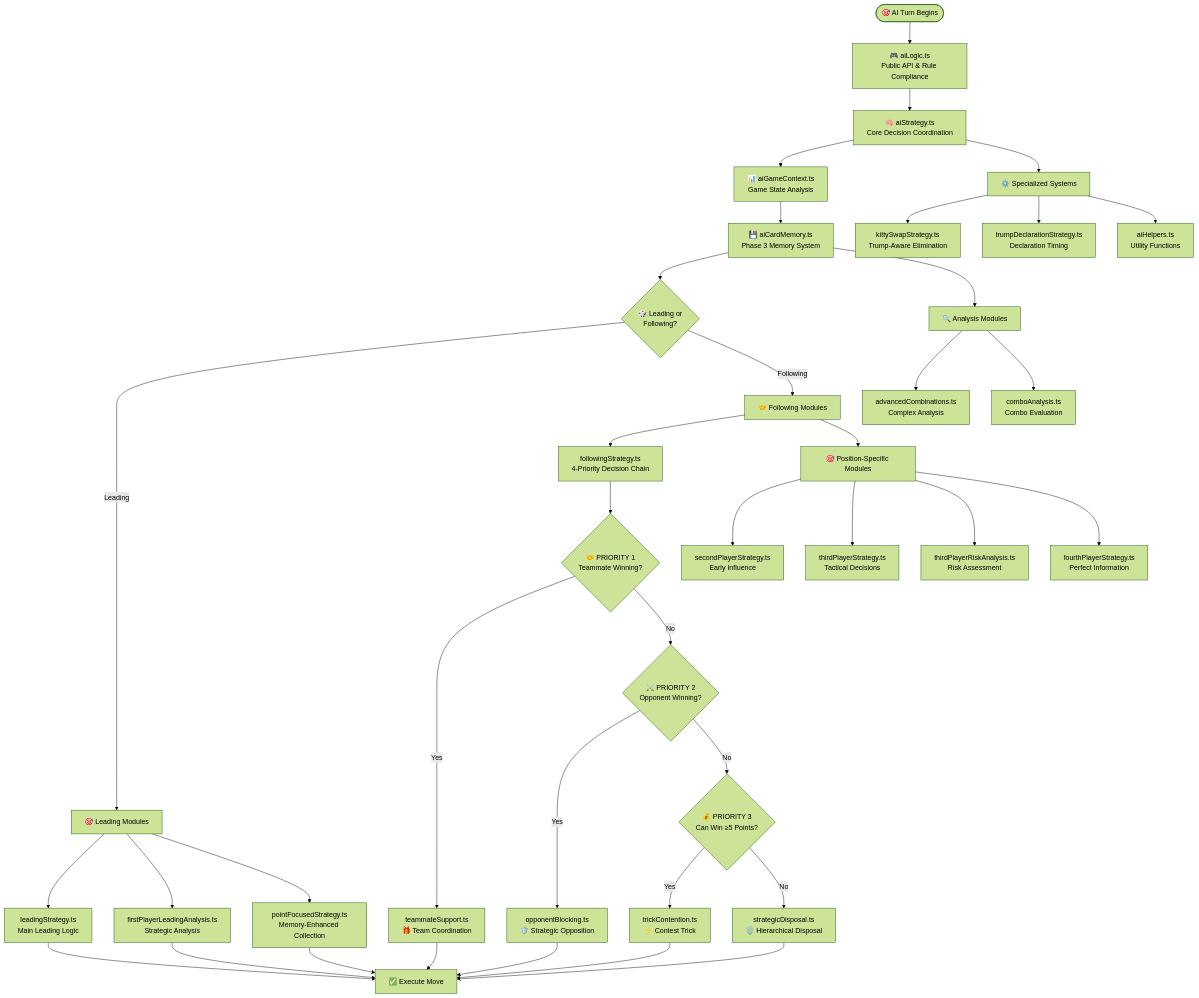
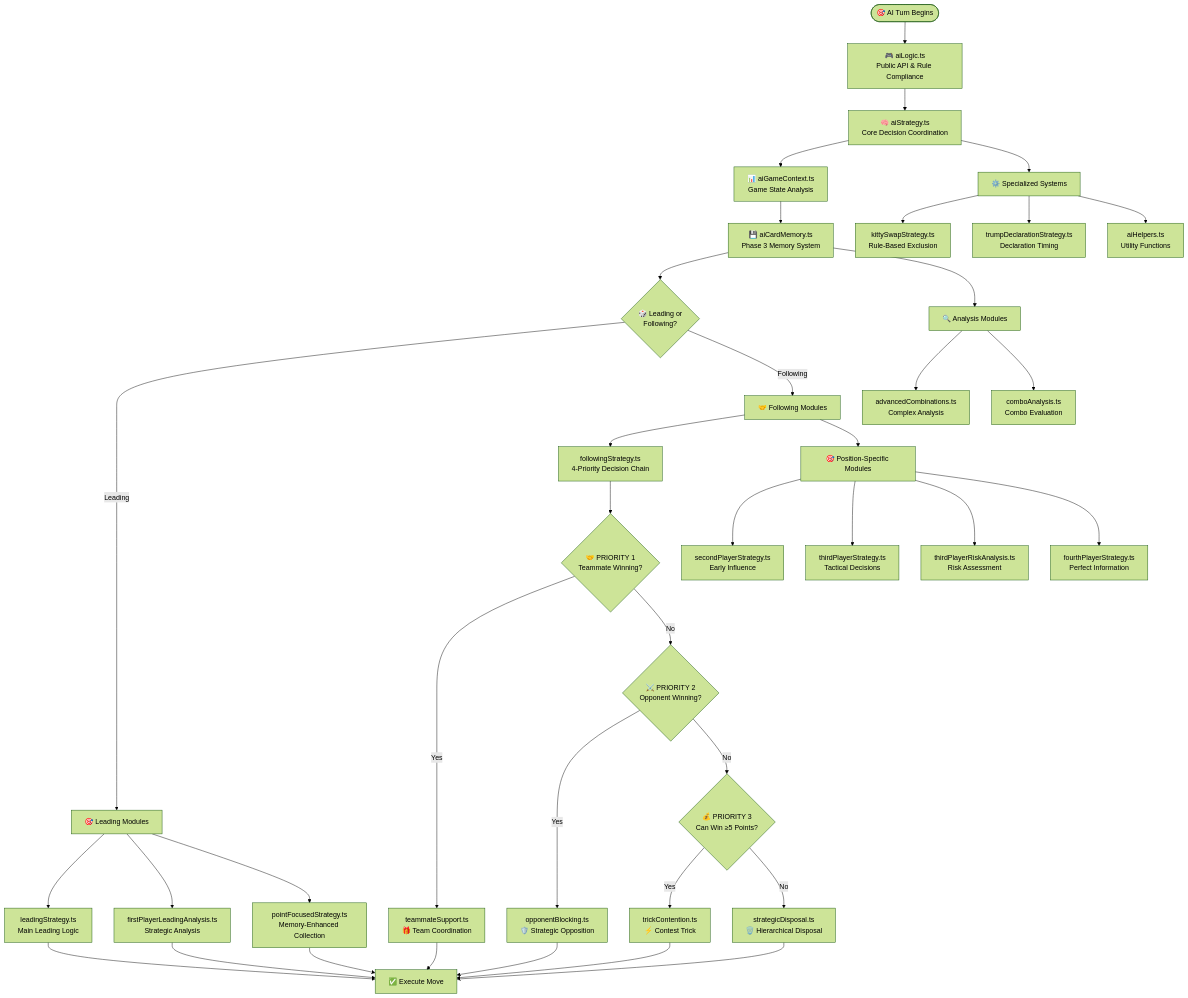
One commit to ejfn/Tractor changed the diagram in docs/AI_SYSTEM.md. Above: the diagram before and after it, drawn with Mermaid (forest theme). The commit also changed other lines of this file and 3 other files, not shown here.

First line of the commit message:
Refactor: Simplify AI kitty swap strategy (#196)

````diff
--- a/docs/AI_SYSTEM.md
+++ b/docs/AI_SYSTEM.md
@@ -105,49 +105,49 @@
 ```mermaid
 flowchart TD
     Start([🎯 AI Turn Begins]) --> Logic[🎮 aiLogic.ts<br/>Public API & Rule Compliance]
     Logic --> Strategy[🧠 aiStrategy.ts<br/>Core Decision Coordination]
     Strategy --> Context[📊 aiGameContext.ts<br/>Game State Analysis]
     Context --> Memory[💾 aiCardMemory.ts<br/>Phase 3 Memory System]
     
     Memory --> Leading{🎲 Leading or<br/>Following?}
     
     Leading -->|Leading| LeadingMods[🎯 Leading Modules]
     Leading -->|Following| FollowingMods[🤝 Following Modules]
     
     LeadingMods --> LeadStrategy[leadingStrategy.ts<br/>Main Leading Logic]
     LeadingMods --> FirstAnalysis[firstPlayerLeadingAnalysis.ts<br/>Strategic Analysis]
     LeadingMods --> PointFocus[pointFocusedStrategy.ts<br/>Memory-Enhanced Collection]
     
     FollowingMods --> FollowStrategy[followingStrategy.ts<br/>4-Priority Decision Chain]
     FollowStrategy --> P1{🤝 PRIORITY 1<br/>Teammate Winning?}
     
     P1 -->|Yes| TeamSupport[teammateSupport.ts<br/>🎁 Team Coordination]
     P1 -->|No| P2{⚔️ PRIORITY 2<br/>Opponent Winning?}
     P2 -->|Yes| OpponentBlock[opponentBlocking.ts<br/>🛡️ Strategic Opposition]
     P2 -->|No| P3{💰 PRIORITY 3<br/>Can Win ≥5 Points?}
     P3 -->|Yes| TrickContest[trickContention.ts<br/>⚡ Contest Trick]
     P3 -->|No| StrategicDisp[strategicDisposal.ts<br/>🗑️ Hierarchical Disposal]
     
     FollowingMods --> PositionMods[🎯 Position-Specific Modules]
     PositionMods --> Second[secondPlayerStrategy.ts<br/>Early Influence]
     PositionMods --> Third[thirdPlayerStrategy.ts<br/>Tactical Decisions]
     PositionMods --> ThirdRisk[thirdPlayerRiskAnalysis.ts<br/>Risk Assessment]
     PositionMods --> Fourth[fourthPlayerStrategy.ts<br/>Perfect Information]
     
     Memory --> Analysis[🔍 Analysis Modules]
     Analysis --> AdvCombo[advancedCombinations.ts<br/>Complex Analysis]
     Analysis --> ComboAnalysis[comboAnalysis.ts<br/>Combo Evaluation]
     
     Strategy --> Specialized[⚙️ Specialized Systems]
-    Specialized --> KittySwap[kittySwapStrategy.ts<br/>Trump-Aware Elimination]
+    Specialized --> KittySwap[kittySwapStrategy.ts<br/>Rule-Based Exclusion]
     Specialized --> TrumpDecl[trumpDeclarationStrategy.ts<br/>Declaration Timing]
     Specialized --> AIHelpers[aiHelpers.ts<br/>Utility Functions]
     
     TeamSupport --> Execute[✅ Execute Move]
     OpponentBlock --> Execute
     TrickContest --> Execute
     StrategicDisp --> Execute
     LeadStrategy --> Execute
     FirstAnalysis --> Execute
     PointFocus --> Execute
 ```
````
